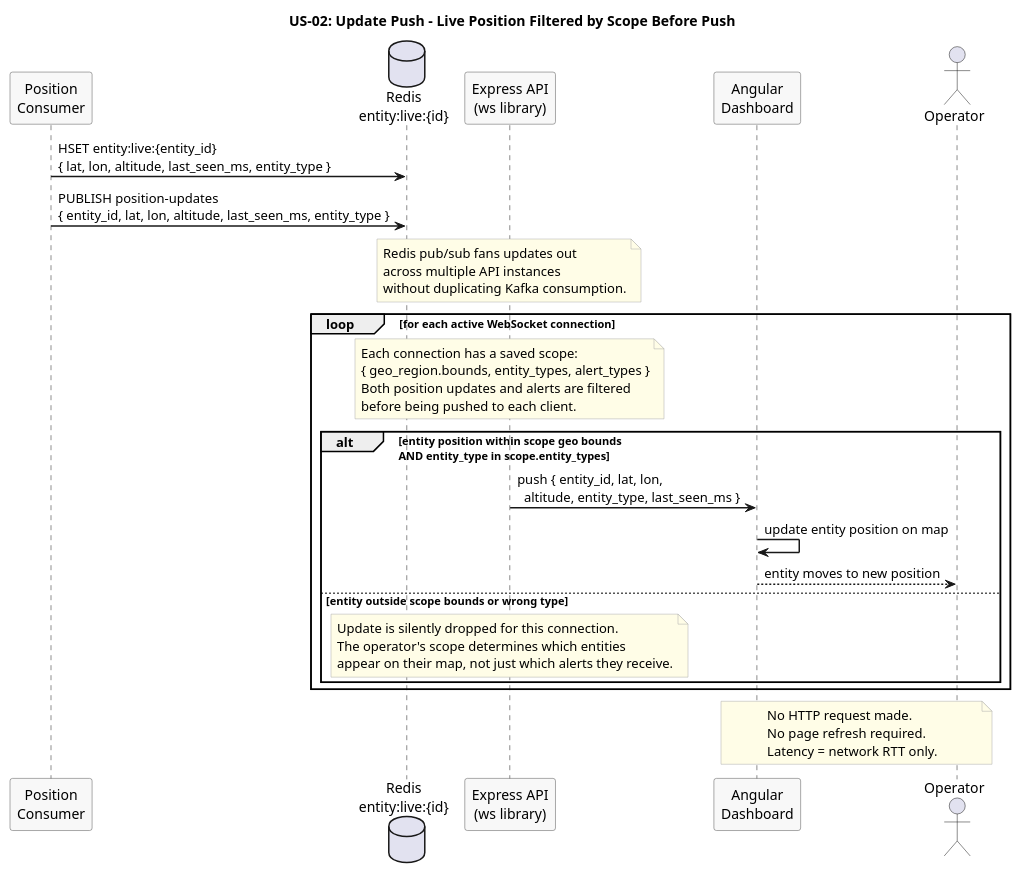
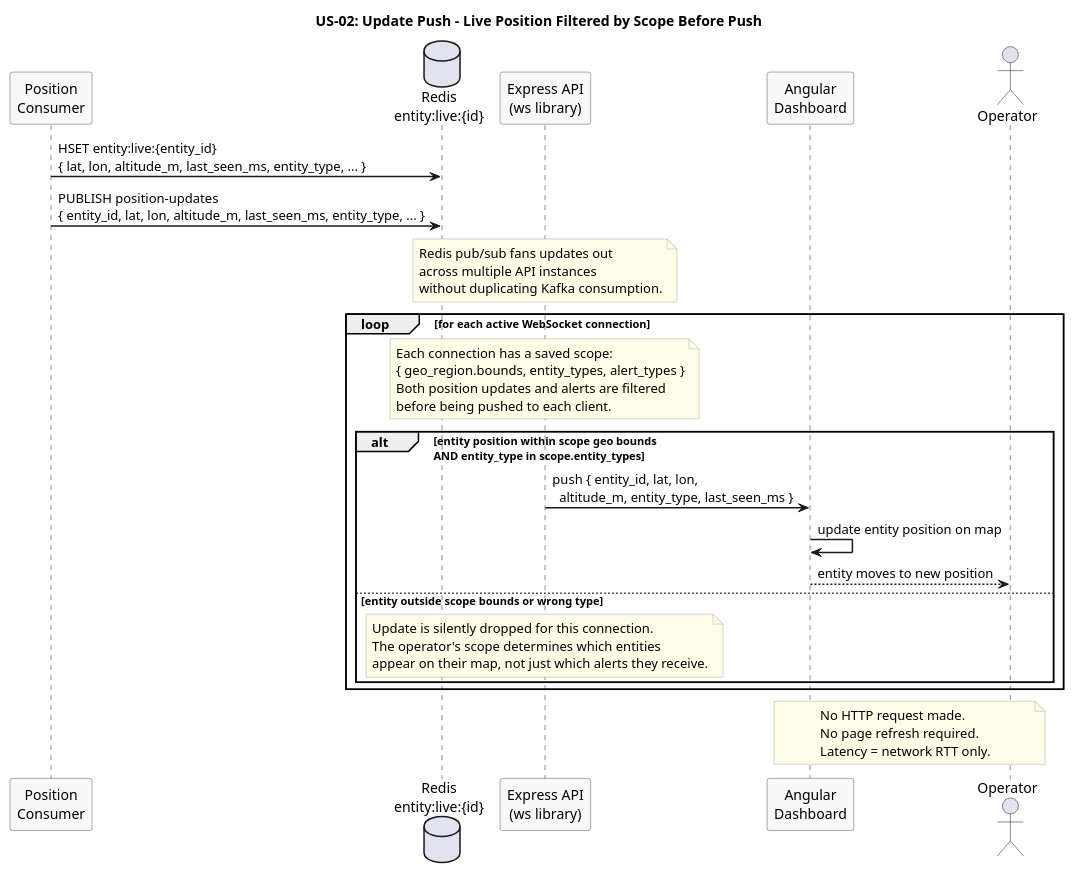
One commit to Buffden/sentinel changed the diagram in docs/use-cases/US-02-live-map-updates/update-push.puml. Above: the diagram before and after it, drawn with PlantUML. The commit also changed 6 other files, not shown here.

First line of the commit message:
feat(position-consumer): CP3 canonical normalization schema

```diff
--- a/docs/use-cases/US-02-live-map-updates/update-push.puml
+++ b/docs/use-cases/US-02-live-map-updates/update-push.puml
@@ -1,52 +1,52 @@
 @startuml update-push
 title US-02: Update Push - Live Position Filtered by Scope Before Push
 
 skinparam sequenceArrowThickness 1.5
 skinparam participantBorderColor #555555
 skinparam participantBackgroundColor #F8F8F8
 skinparam noteBorderColor #AAAAAA
 skinparam noteBackgroundColor #FFFDE7
 
 participant "Position\nConsumer" as Consumer
 database "Redis\nentity:live:{id}" as Redis
 participant "Express API\n(ws library)" as API
 participant "Angular\nDashboard" as Dashboard
 actor Operator
 
-Consumer -> Redis : HSET entity:live:{entity_id}\n{ lat, lon, altitude, last_seen_ms, entity_type }
-Consumer -> Redis : PUBLISH position-updates\n{ entity_id, lat, lon, altitude, last_seen_ms, entity_type }
+Consumer -> Redis : HSET entity:live:{entity_id}\n{ lat, lon, altitude_m, last_seen_ms, entity_type, ... }
+Consumer -> Redis : PUBLISH position-updates\n{ entity_id, lat, lon, altitude_m, last_seen_ms, entity_type, ... }
 
 note over API
   Redis pub/sub fans updates out
   across multiple API instances
   without duplicating Kafka consumption.
 end note
 
 loop for each active WebSocket connection
   note over API
     Each connection has a saved scope:
     { geo_region.bounds, entity_types, alert_types }
     Both position updates and alerts are filtered
     before being pushed to each client.
   end note
 
   alt entity position within scope geo bounds\nAND entity_type in scope.entity_types
-    API -> Dashboard : push { entity_id, lat, lon,\n  altitude, entity_type, last_seen_ms }
+    API -> Dashboard : push { entity_id, lat, lon,\n  altitude_m, entity_type, last_seen_ms }
     Dashboard -> Dashboard : update entity position on map
     Dashboard --> Operator : entity moves to new position
   else entity outside scope bounds or wrong type
     note over API
       Update is silently dropped for this connection.
       The operator's scope determines which entities
       appear on their map, not just which alerts they receive.
     end note
   end
 end
 
 note over Dashboard, Operator
   No HTTP request made.
   No page refresh required.
   Latency = network RTT only.
 end note
 
 @enduml
```
